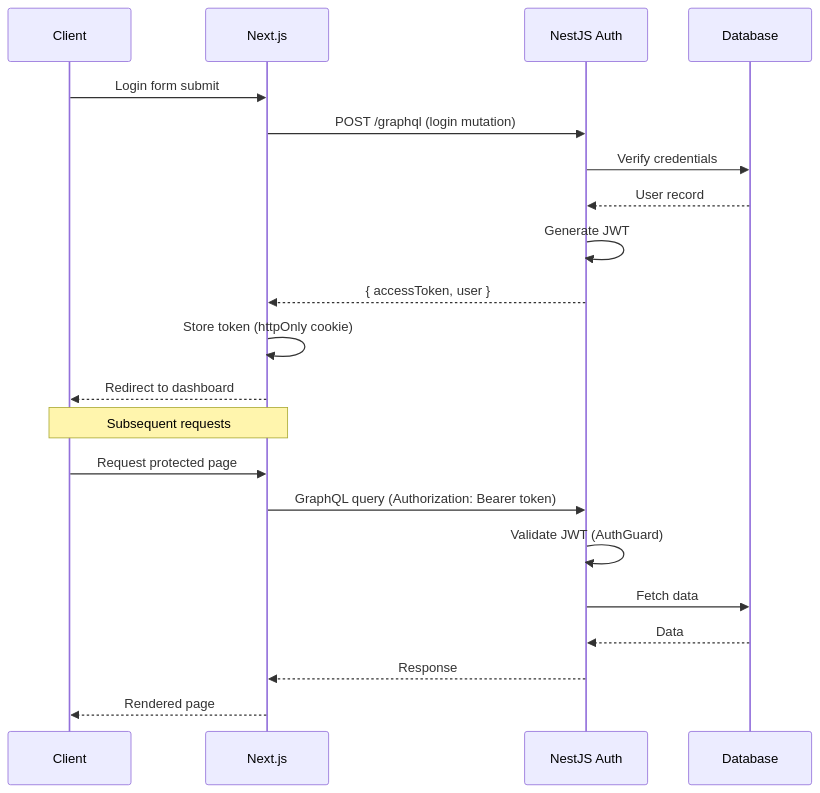
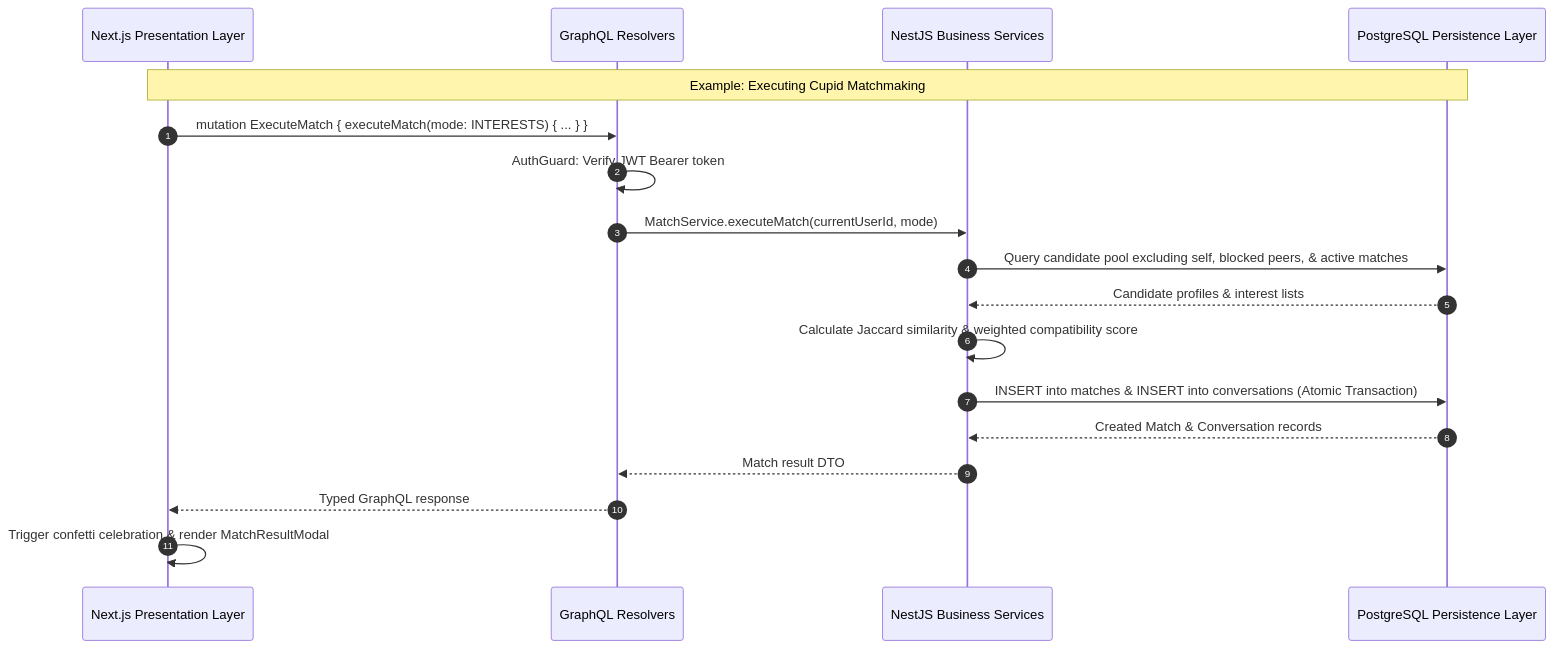
The second of 2 diagrams in docs/ARCHITECTURE.md (ARJuice/Web-PBL), drawn with Mermaid before and after one commit. The commit also changed other lines of this file, not shown here.

Commit message:
docs(arch): update architecture specification to strictly enforce SKILL.md rules and boundaries

````diff
--- a/docs/ARCHITECTURE.md
+++ b/docs/ARCHITECTURE.md
@@ -422,25 +124,21 @@
 ```mermaid
 sequenceDiagram
-    participant C as Client
-    participant N as Next.js
-    participant A as NestJS Auth
-    participant DB as Database
+    autonumber
+    participant UI as Next.js Presentation Layer
+    participant GQL as GraphQL Resolvers
+    participant Svc as NestJS Business Services
+    participant DB as PostgreSQL Persistence Layer
 
-    C->>N: Login form submit
-    N->>A: POST /graphql (login mutation)
-    A->>DB: Verify credentials
-    DB-->>A: User record
-    A->>A: Generate JWT
-    A-->>N: { accessToken, user }
-    N->>N: Store token (httpOnly cookie)
-    N-->>C: Redirect to dashboard
-
-    Note over C,N: Subsequent requests
-    C->>N: Request protected page
-    N->>A: GraphQL query (Authorization: Bearer token)
-    A->>A: Validate JWT (AuthGuard)
-    A->>DB: Fetch data
-    DB-->>A: Data
-    A-->>N: Response
-    N-->>C: Rendered page
+    Note over UI,DB: Example: Executing Cupid Matchmaking
+    UI->>GQL: mutation ExecuteMatch { executeMatch(mode: INTERESTS) { ... } }
+    GQL->>GQL: AuthGuard: Verify JWT Bearer token
+    GQL->>Svc: MatchService.executeMatch(currentUserId, mode)
+    Svc->>DB: Query candidate pool excluding self, blocked peers, & active matches
+    DB-->>Svc: Candidate profiles & interest lists
+    Svc->>Svc: Calculate Jaccard similarity & weighted compatibility score
+    Svc->>DB: INSERT into matches & INSERT into conversations (Atomic Transaction)
+    DB-->>Svc: Created Match & Conversation records
+    Svc-->>GQL: Match result DTO
+    GQL-->>UI: Typed GraphQL response
+    UI->>UI: Trigger confetti celebration & render MatchResultModal
 ```
````
